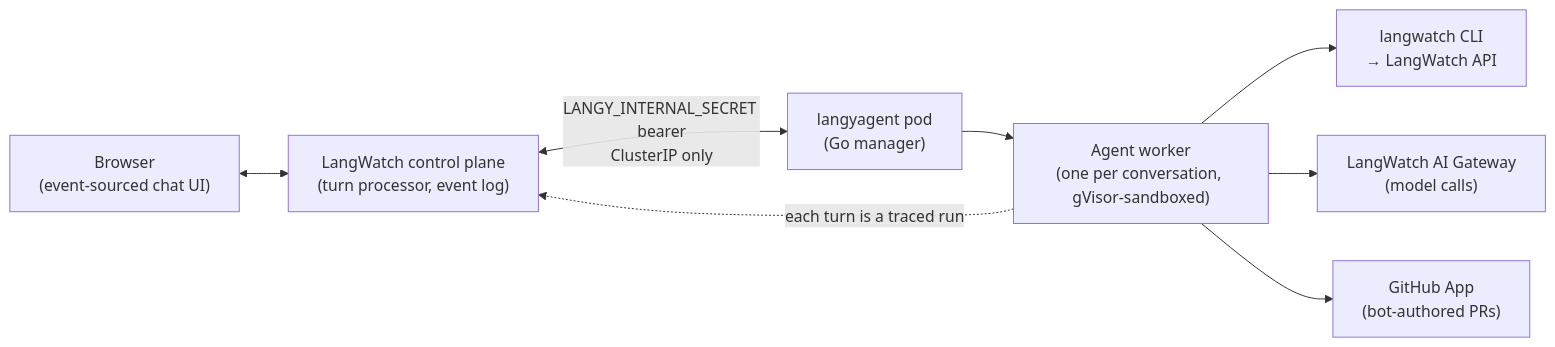
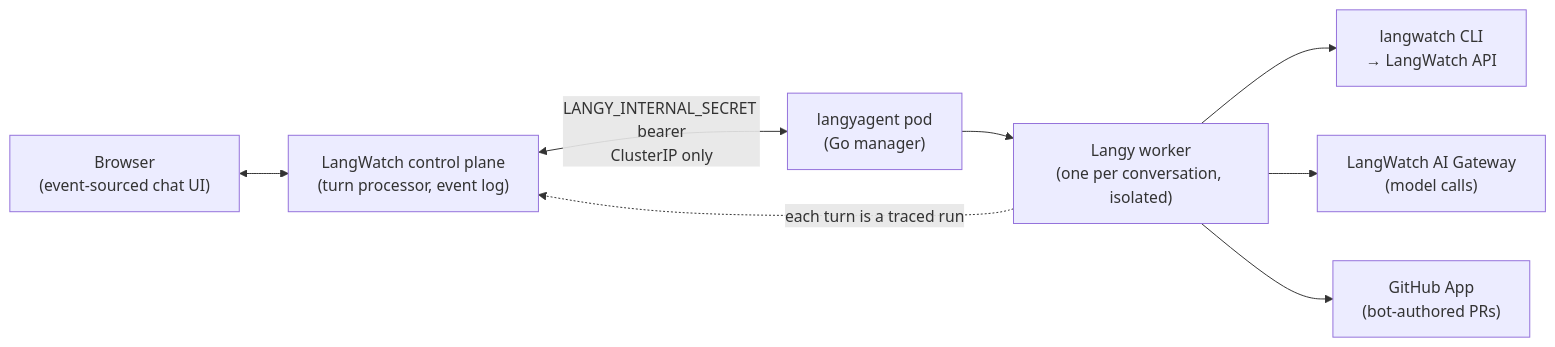
One commit to langwatch/langwatch changed the diagram in docs/langy/how-langy-works.mdx. Above: the diagram before and after it, drawn with Mermaid. The commit also changed other lines of this file and 32 other files, not shown here.

````diff
--- a/docs/langy/how-langy-works.mdx
+++ b/docs/langy/how-langy-works.mdx
@@ -21,18 +21,18 @@
 ```mermaid
 graph LR
   browser["Browser<br/>(event-sourced chat UI)"]
   control["LangWatch control plane<br/>(turn processor, event log)"]
   manager["langyagent pod<br/>(Go manager)"]
-  worker["Agent worker<br/>(one per conversation, gVisor-sandboxed)"]
+  worker["Langy worker<br/>(one per conversation, isolated)"]
   cli["langwatch CLI<br/>&rarr; LangWatch API"]
   gateway["LangWatch AI Gateway<br/>(model calls)"]
   github["GitHub App<br/>(bot-authored PRs)"]
 
   browser <--> control
   control <-->|"LANGY_INTERNAL_SECRET bearer<br/>ClusterIP only"| manager
   manager --> worker
   worker --> cli
   worker --> gateway
   worker --> github
   worker -.->|"each turn is a traced run"| control
 ```
````
